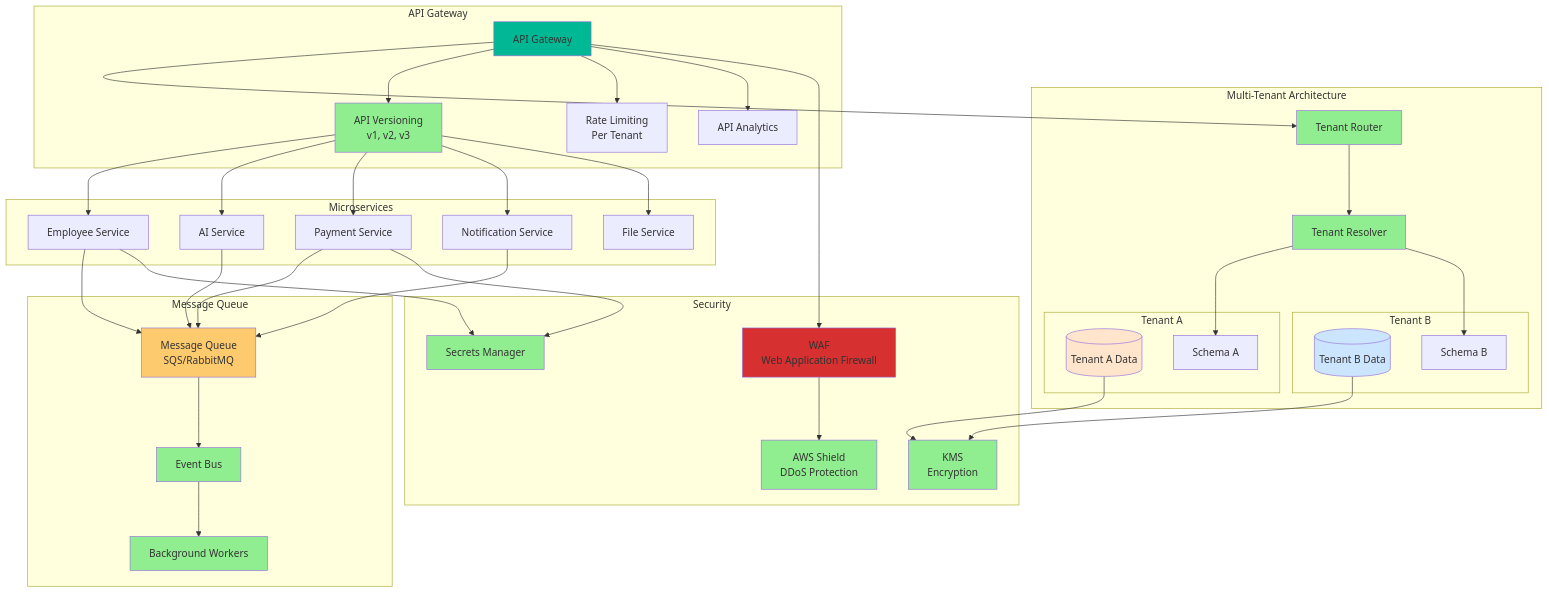
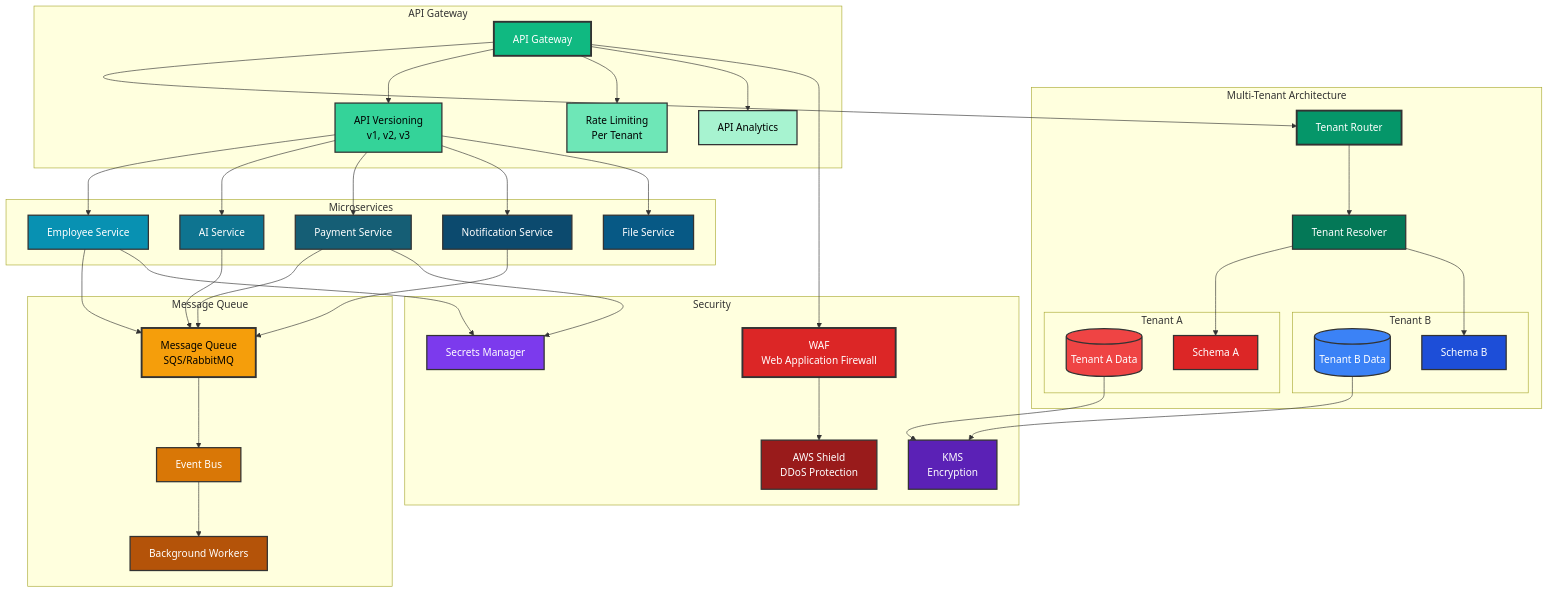
One commit to inskillflow/awsbedrock-demo-1-inmemory changed diagram 13 of 15 in documentation/00-ARCHITECTURE.md. Above: the diagram before and after it, drawn with Mermaid. The commit also changed other lines of this file, not shown here.

First line of the commit message:
docs: amélioration de la visibilité des diagrammes d'architecture

````diff
--- a/documentation/00-ARCHITECTURE.md
+++ b/documentation/00-ARCHITECTURE.md
@@ -851,12 +945,26 @@
     TenantA_Data --> KMS
     TenantB_Data --> KMS
     
-    style TenantA_Data fill:#FFE5CC
-    style TenantB_Data fill:#CCE5FF
-    style Gateway fill:#00B894
-    style WAF fill:#D63031
-    style Queue fill:#FDCB6E
-    
-    classDef new fill:#90EE90
-    class TenantRouter,TenantResolver,Gateway,Versioning,Queue,EventBus,Workers,WAF,Shield,Secrets,KMS new
+    style TenantA_Data fill:#EF4444,stroke:#333,stroke-width:2px,color:#fff
+    style TenantB_Data fill:#3B82F6,stroke:#333,stroke-width:2px,color:#fff
+    style TenantA_Schema fill:#DC2626,stroke:#333,stroke-width:2px,color:#fff
+    style TenantB_Schema fill:#1D4ED8,stroke:#333,stroke-width:2px,color:#fff
+    style TenantRouter fill:#059669,stroke:#333,stroke-width:3px,color:#fff
+    style TenantResolver fill:#047857,stroke:#333,stroke-width:2px,color:#fff
+    style Gateway fill:#10B981,stroke:#333,stroke-width:3px,color:#fff
+    style Versioning fill:#34D399,stroke:#333,stroke-width:2px,color:#000
+    style RateLimit fill:#6EE7B7,stroke:#333,stroke-width:2px,color:#000
+    style Analytics fill:#A7F3D0,stroke:#333,stroke-width:2px,color:#000
+    style EmployeeService fill:#0891B2,stroke:#333,stroke-width:2px,color:#fff
+    style AIService fill:#0E7490,stroke:#333,stroke-width:2px,color:#fff
+    style PaymentService fill:#155E75,stroke:#333,stroke-width:2px,color:#fff
+    style NotificationService fill:#0C4A6E,stroke:#333,stroke-width:2px,color:#fff
+    style FileService fill:#075985,stroke:#333,stroke-width:2px,color:#fff
+    style Queue fill:#F59E0B,stroke:#333,stroke-width:3px,color:#000
+    style EventBus fill:#D97706,stroke:#333,stroke-width:2px,color:#fff
+    style Workers fill:#B45309,stroke:#333,stroke-width:2px,color:#fff
+    style WAF fill:#DC2626,stroke:#333,stroke-width:3px,color:#fff
+    style Shield fill:#991B1B,stroke:#333,stroke-width:2px,color:#fff
+    style Secrets fill:#7C3AED,stroke:#333,stroke-width:2px,color:#fff
+    style KMS fill:#5B21B6,stroke:#333,stroke-width:2px,color:#fff
 ```
````
